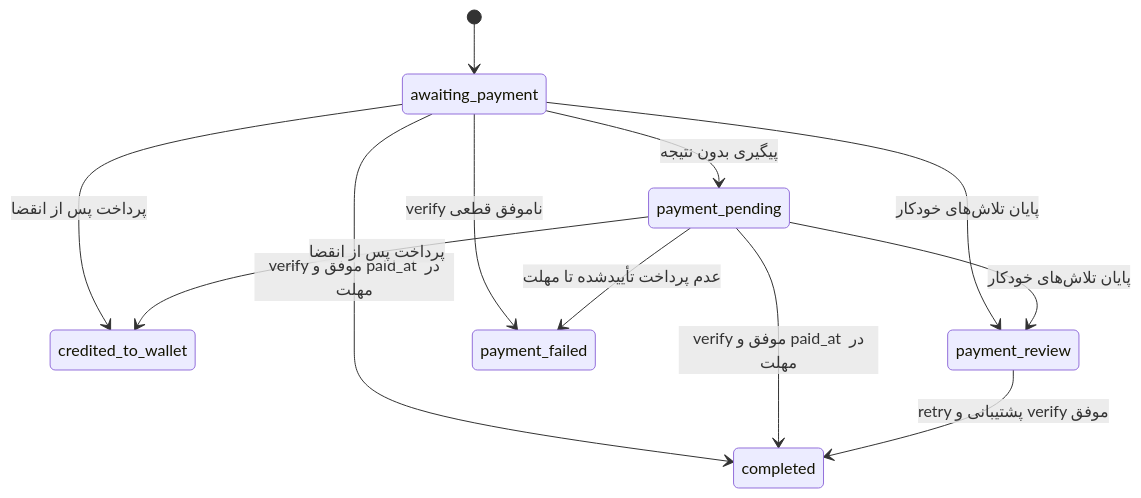
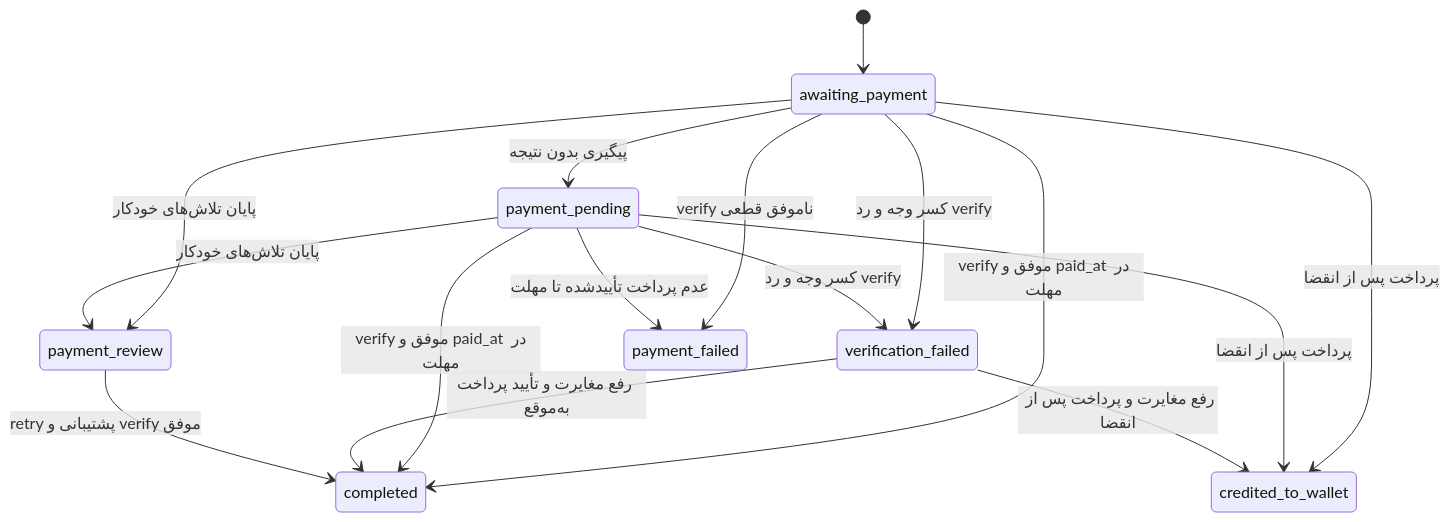
The second of 2 diagrams in docs/ARCHITECTURE.md (Mahdi-Ba/avand-investment-demo), drawn with Mermaid before and after one commit. The commit also changed other lines of this file and 14 other files, not shown here.

Commit message:
feat: complete wallet funding, variable prices and rejected verification flow

````diff
--- a/docs/ARCHITECTURE.md
+++ b/docs/ARCHITECTURE.md
@@ -50,14 +52,18 @@
 ```mermaid
 stateDiagram-v2
     [*] --> awaiting_payment
     awaiting_payment --> payment_pending: پیگیری بدون نتیجه
     awaiting_payment --> completed: verify موفق و paid_at در مهلت
     payment_pending --> completed: verify موفق و paid_at در مهلت
     awaiting_payment --> credited_to_wallet: پرداخت پس از انقضا
     payment_pending --> credited_to_wallet: پرداخت پس از انقضا
+    awaiting_payment --> verification_failed: کسر وجه و رد verify
+    payment_pending --> verification_failed: کسر وجه و رد verify
+    verification_failed --> completed: رفع مغایرت و تأیید پرداخت به‌موقع
+    verification_failed --> credited_to_wallet: رفع مغایرت و پرداخت پس از انقضا
     awaiting_payment --> payment_review: پایان تلاش‌های خودکار
     payment_pending --> payment_review: پایان تلاش‌های خودکار
     payment_review --> completed: retry پشتیبانی و verify موفق
     awaiting_payment --> payment_failed: verify ناموفق قطعی
     payment_pending --> payment_failed: عدم پرداخت تأییدشده تا مهلت
 ```
````
